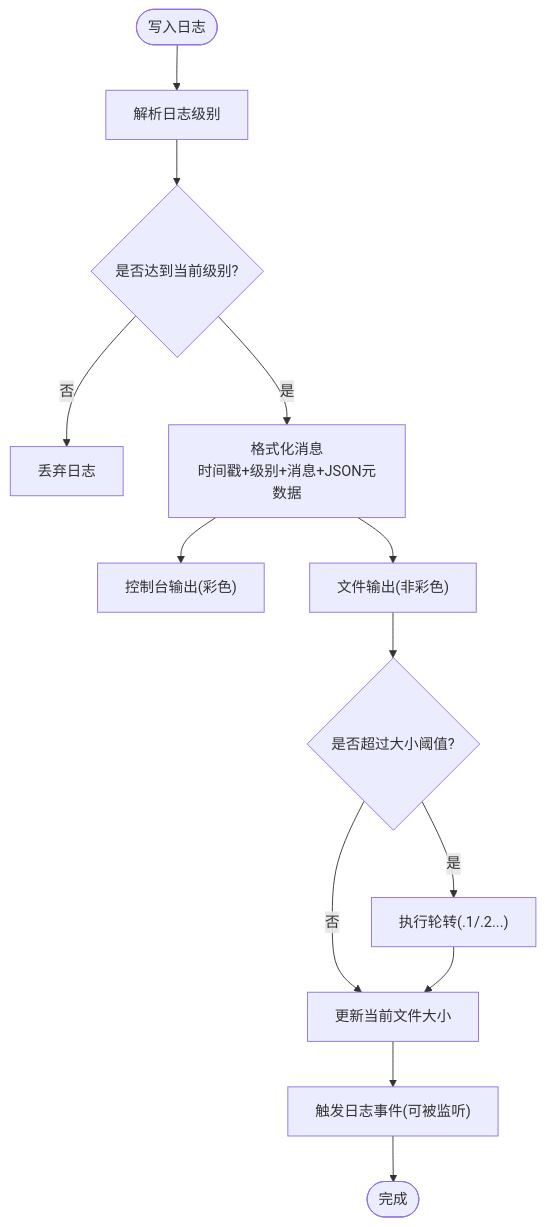
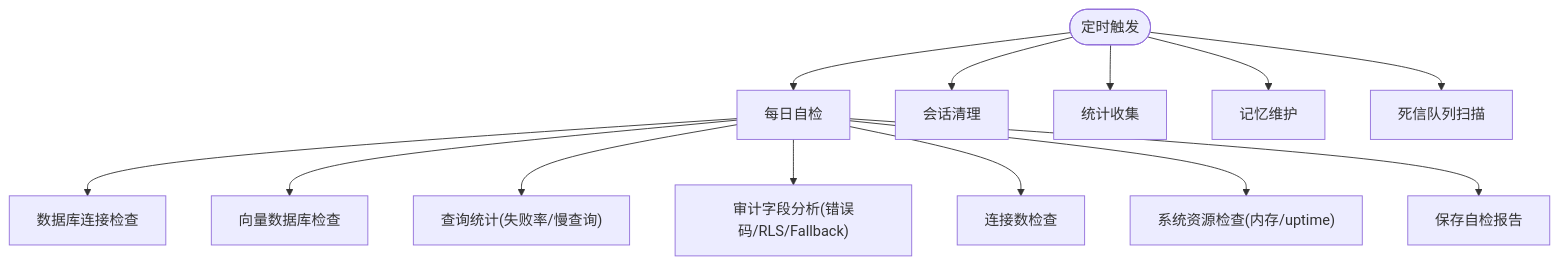
Before and after one commit to HanHuiOnLine/724-office: the fourth of 5 diagrams in NL2SQL/.qoder/repowiki/zh/content/部署与运维/监控与日志.md, drawn with Mermaid. The commit also changed other lines of this file and 203 other files, not shown here.

````diff
--- a/NL2SQL/.qoder/repowiki/zh/content/部署与运维/监控与日志.md
+++ b/NL2SQL/.qoder/repowiki/zh/content/部署与运维/监控与日志.md
@@ -184,15 +232,15 @@
 ```mermaid
 flowchart TD
-Start(["写入日志"]) --> Parse["解析日志级别"]
-Parse --> LevelOK{"是否达到当前级别?"}
-LevelOK --> |否| Drop["丢弃日志"]
-LevelOK --> |是| Format["格式化消息<br/>时间戳+级别+消息+JSON元数据"]
-Format --> Console["控制台输出(彩色)"]
-Format --> File["文件输出(非彩色)"]
-File --> Rotate{"是否超过大小阈值?"}
-Rotate --> |是| RotateFiles["执行轮转(.1/.2...)"]
-Rotate --> |否| UpdateSize["更新当前文件大小"]
-RotateFiles --> UpdateSize
-UpdateSize --> Emit["触发日志事件(可被监听)"]
-Emit --> End(["完成"])
+Start(["定时触发"]) --> DailyCheck["每日自检"]
+DailyCheck --> DBCheck["数据库连接检查"]
+DailyCheck --> VectorCheck["向量数据库检查"]
+DailyCheck --> QueryStats["查询统计(失败率/慢查询)"]
+DailyCheck --> Audit["审计字段分析(错误码/RLS/Fallback)"]
+DailyCheck --> ConnCheck["连接数检查"]
+DailyCheck --> SysCheck["系统资源检查(内存/uptime)"]
+DailyCheck --> SaveReport["保存自检报告"]
+Start --> SessionClean["会话清理"]
+Start --> StatsCollect["统计收集"]
+Start --> MemoryMaint["记忆维护"]
+Start --> DeadLetterScan["死信队列扫描"]
 ```
````
